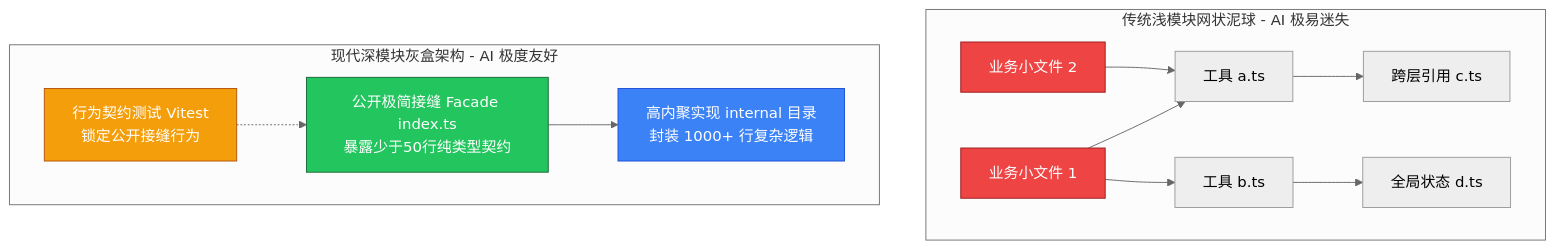
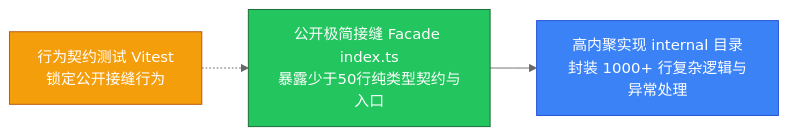
One commit to martjay/video2md-skill changed the second of 2 diagrams in video2md/知识搬运工-coding/逐视频拆解/001-BV1HnM269EV7-你的代码库还没准备好迎接AI？用深模块打造AI友好型系统.md. Above: the diagram before and after it, drawn with Mermaid (neutral theme). The commit also changed other lines of this file and 3 other files, not shown here.

Commit message:
docs: standardize Mermaid vertical layout in SKILL.md and refactor diagrams to full-width

````diff
--- a/video2md/知识搬运工-coding/逐视频拆解/001-BV1HnM269EV7-你的代码库还没准备好迎接AI？用深模块打造AI友好型系统.md
+++ b/video2md/知识搬运工-coding/逐视频拆解/001-BV1HnM269EV7-你的代码库还没准备好迎接AI？用深模块打造AI友好型系统.md
@@ -20,23 +33,8 @@
 ```mermaid
-flowchart TD
-    subgraph S1 ["传统浅模块网状泥球 - AI 极易迷失"]
-        A1["业务小文件 1"] --> B1["工具 a.ts"]
-        A1 --> B2["工具 b.ts"]
-        A2["业务小文件 2"] --> B1
-        B1 --> C1["跨层引用 c.ts"]
-        B2 --> C2["全局状态 d.ts"]
-        style A1 fill:#ef4444,stroke:#991b1b,color:#ffffff
-        style A2 fill:#ef4444,stroke:#991b1b,color:#ffffff
-    end
-
-    subgraph S2 ["现代深模块灰盒架构 - AI 极度友好"]
-        Facade["公开极简接缝 Facade index.ts<br/>暴露少于50行纯类型契约"]
-        Internal["高内聚实现 internal 目录<br/>封装 1000+ 行复杂逻辑"]
-        TestHarness["行为契约测试 Vitest<br/>锁定公开接缝行为"]
-        Facade --> Internal
-        TestHarness -.-> Facade
-        style Facade fill:#22c55e,stroke:#166534,color:#ffffff
-        style Internal fill:#3b82f6,stroke:#1d4ed8,color:#ffffff
-        style TestHarness fill:#f59e0b,stroke:#b45309,color:#ffffff
-    end
+flowchart LR
+    Facade["公开极简接缝 Facade index.ts<br/>暴露少于50行纯类型契约与入口"] --> Internal["高内聚实现 internal 目录<br/>封装 1000+ 行复杂逻辑与异常处理"]
+    TestHarness["行为契约测试 Vitest<br/>锁定公开接缝行为"] -.-> Facade
+    style Facade fill:#22c55e,stroke:#166534,color:#ffffff
+    style Internal fill:#3b82f6,stroke:#1d4ed8,color:#ffffff
+    style TestHarness fill:#f59e0b,stroke:#b45309,color:#ffffff
 ```
````
